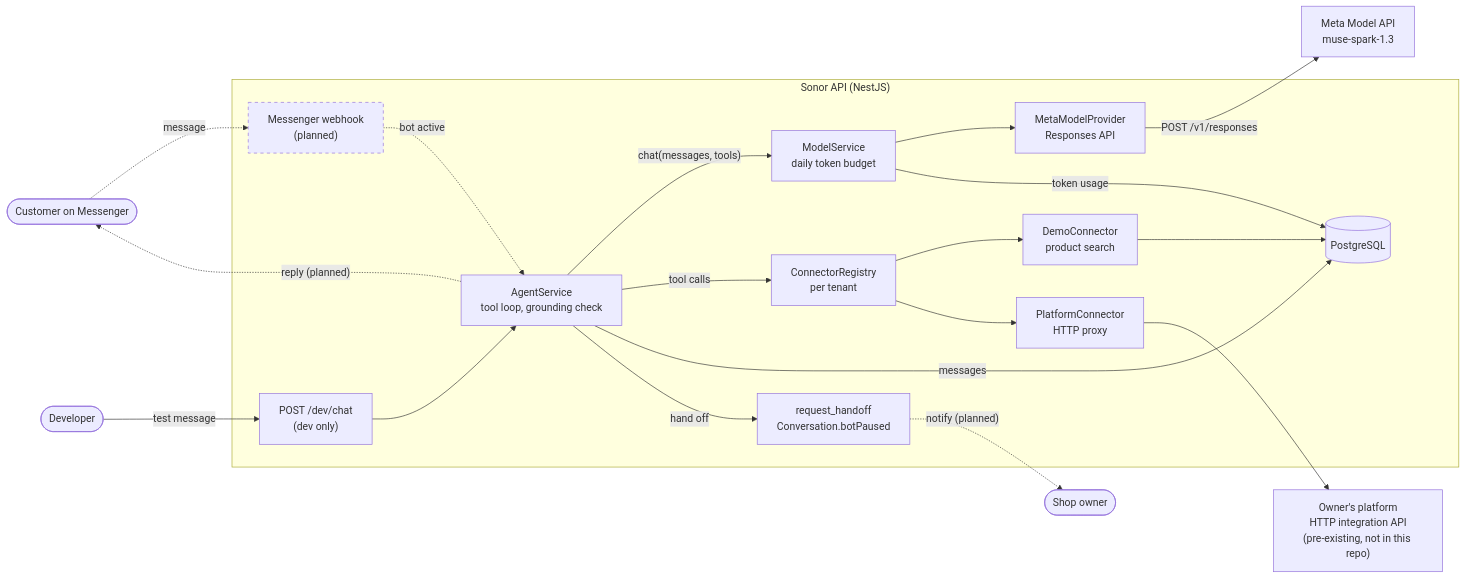
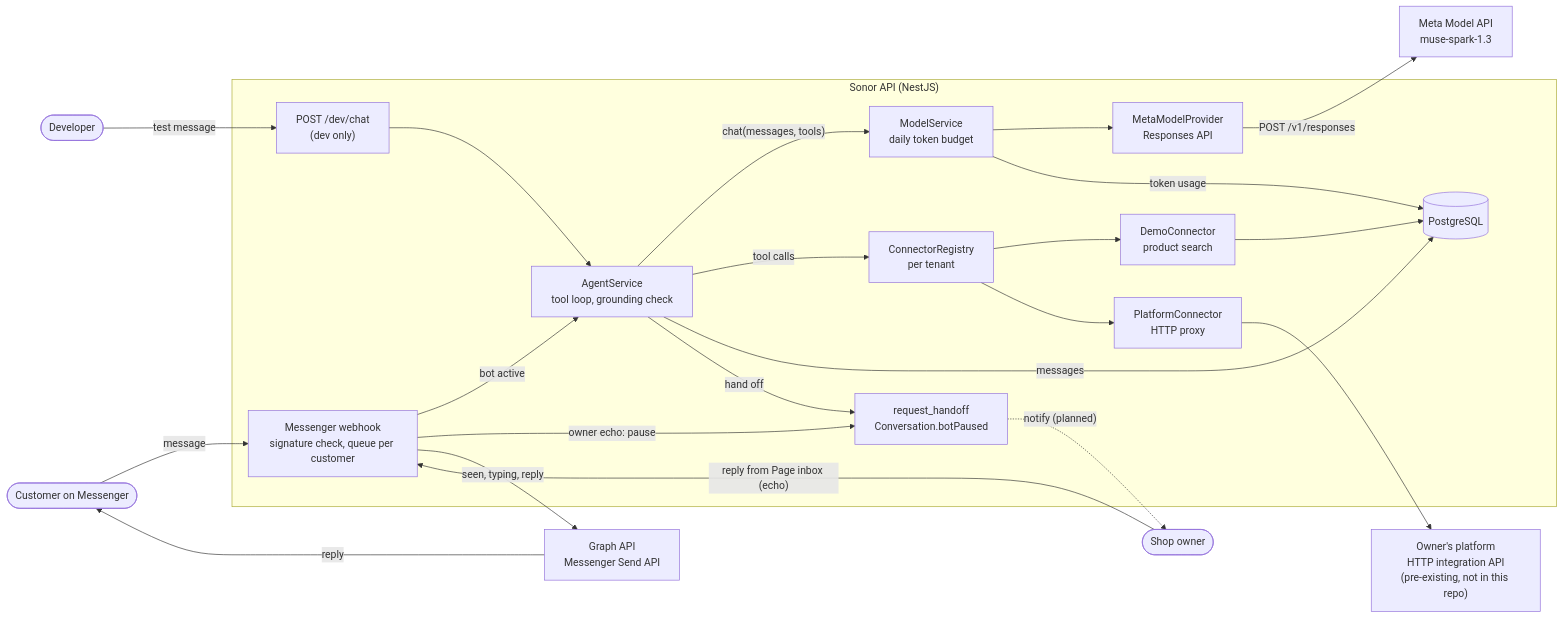
One commit to turbold24/sonor changed the diagram in README.md. Above: the diagram before and after it, drawn with Mermaid. The commit also changed other lines of this file and 1 other file, not shown here.

First line of the commit message:
docs: document the Messenger channel, Page setup and tunnel testing

````diff
--- a/README.md
+++ b/README.md
@@ -66,42 +66,43 @@
 ```mermaid
 flowchart LR
     customer(["Customer on Messenger"])
     developer(["Developer"])
     owner(["Shop owner"])
     meta["Meta Model API<br/>muse-spark-1.3"]
+    graphApi["Graph API<br/>Messenger Send API"]
     platformApi["Owner's platform<br/>HTTP integration API<br/>(pre-existing, not in this repo)"]
 
     subgraph sonor ["Sonor API (NestJS)"]
-        webhook["Messenger webhook<br/>(planned)"]
+        webhook["Messenger webhook<br/>signature check, queue per customer"]
         devchat["POST /dev/chat<br/>(dev only)"]
         agent["AgentService<br/>tool loop, grounding check"]
         model["ModelService<br/>daily token budget"]
         provider["MetaModelProvider<br/>Responses API"]
         connectors["ConnectorRegistry<br/>per tenant"]
         demo["DemoConnector<br/>product search"]
         platform["PlatformConnector<br/>HTTP proxy"]
         handoff["request_handoff<br/>Conversation.botPaused"]
         db[("PostgreSQL")]
     end
 
-    customer -.->|message| webhook
-    webhook -.->|bot active| agent
+    customer -->|message| webhook
+    owner -->|"reply from Page inbox (echo)"| webhook
+    webhook -->|bot active| agent
+    webhook -->|"owner echo: pause"| handoff
     developer -->|test message| devchat
     devchat --> agent
     agent -->|"chat(messages, tools)"| model
     model --> provider
     provider -->|"POST /v1/responses"| meta
     agent -->|tool calls| connectors
     connectors --> demo
     connectors --> platform
     demo --> db
     platform --> platformApi
     model -->|token usage| db
     agent -->|messages| db
     agent -->|hand off| handoff
     handoff -.->|"notify (planned)"| owner
-    agent -.->|"reply (planned)"| customer
-
-    classDef planned stroke-dasharray: 5 5
-    class webhook planned
+    webhook -->|"seen, typing, reply"| graphApi
+    graphApi -->|reply| customer
 ```
````
